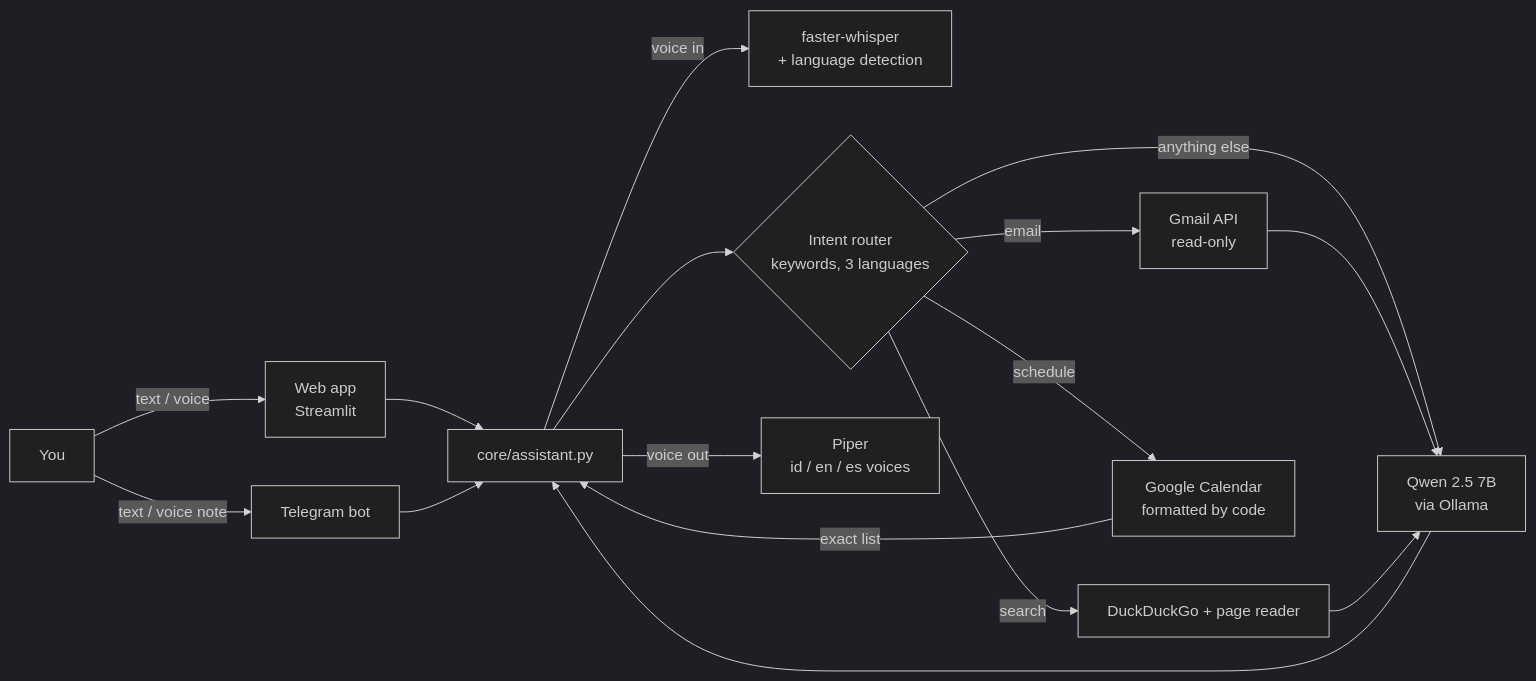
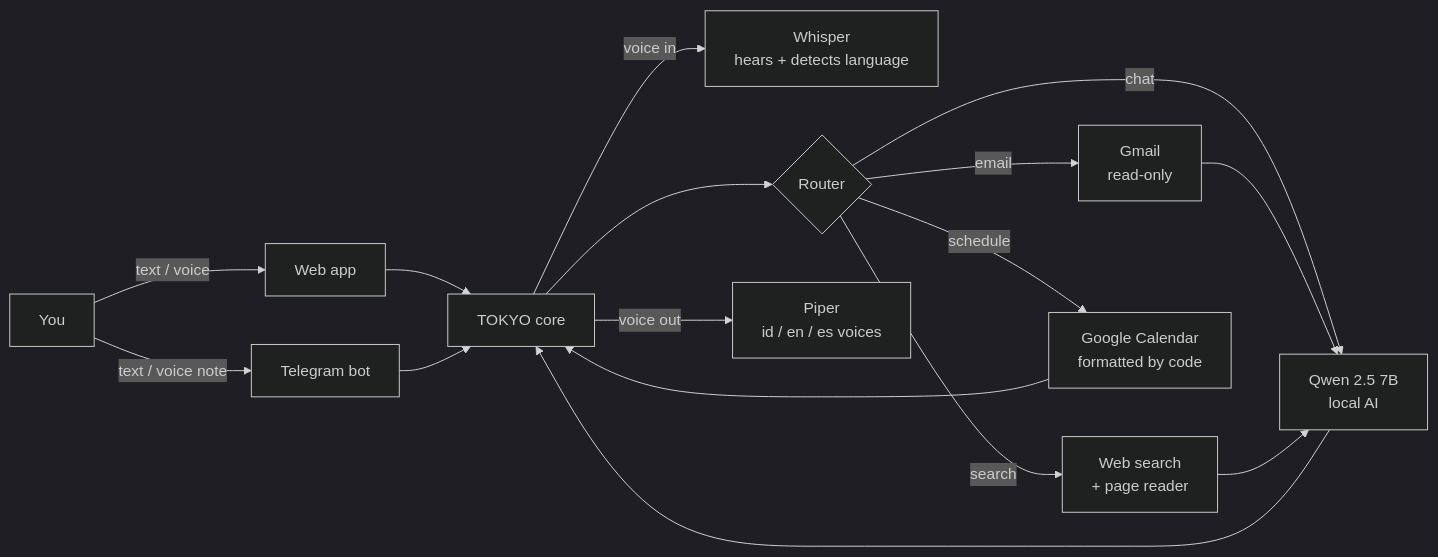
Before and after one commit to VinsensiusF/TOKYO: the diagram in README.md, drawn with Mermaid (dark theme). The commit also changed other lines of this file, not shown here.

````diff
--- a/README.md
+++ b/README.md
@@ -73,18 +190,18 @@
 ```mermaid
 flowchart LR
-    U[You] -->|text / voice| W[Web app<br/>Streamlit]
+    U[You] -->|text / voice| W[Web app]
     U -->|text / voice note| T[Telegram bot]
-    W --> A[core/assistant.py]
+    W --> A[TOKYO core]
     T --> A
-    A -->|voice in| STT[faster-whisper<br/>+ language detection]
-    A --> R{Intent router<br/>keywords, 3 languages}
-    R -->|email| G[Gmail API<br/>read-only]
-    R -->|search| S[DuckDuckGo + page reader]
+    A -->|voice in| STT[Whisper<br/>hears + detects language]
+    A --> R{Router}
+    R -->|email| G[Gmail<br/>read-only]
+    R -->|search| S[Web search<br/>+ page reader]
     R -->|schedule| C[Google Calendar<br/>formatted by code]
-    R -->|anything else| L[Qwen 2.5 7B<br/>via Ollama]
+    R -->|chat| L[Qwen 2.5 7B<br/>local AI]
     G --> L
     S --> L
-    C -->|exact list| A
+    C --> A
     L --> A
     A -->|voice out| TTS[Piper<br/>id / en / es voices]
 ```
````
